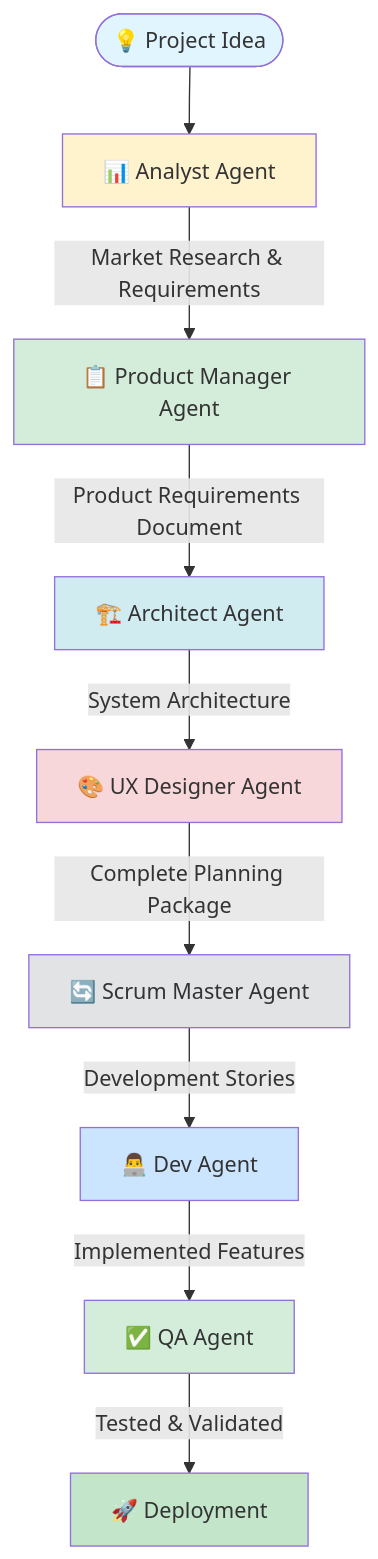
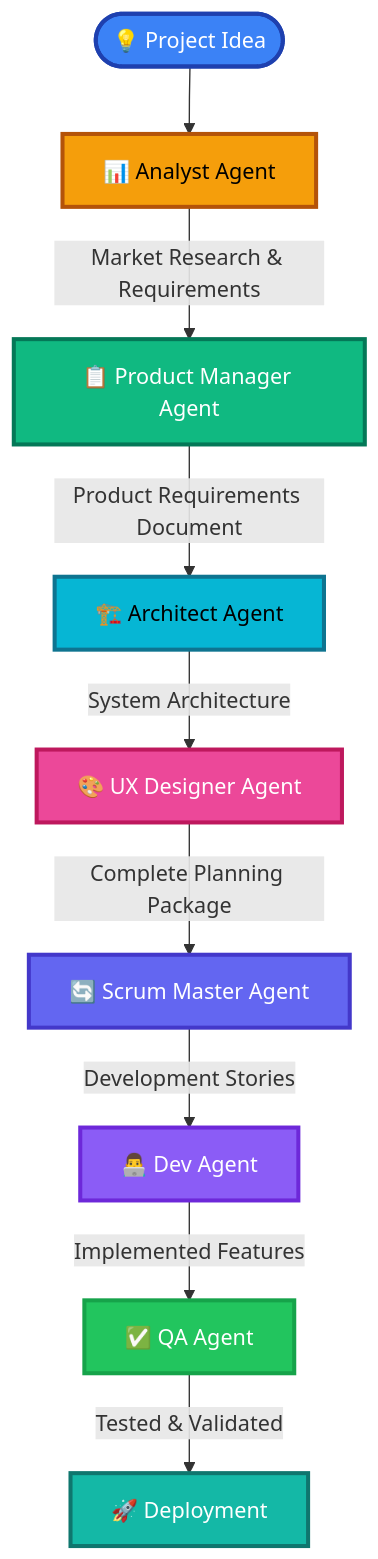
The diagram in _posts/2025-10-10-building-from-scratch-with-bmad-method-greenfield-guide.md (shadatrahman/shadatrahman.github.io), drawn with Mermaid before and after one commit. The commit also changed other lines of this file, not shown here.

Commit message:
Enable mermaid diagram rendering in BMAD blog post

````diff
--- a/_posts/2025-10-10-building-from-scratch-with-bmad-method-greenfield-guide.md
+++ b/_posts/2025-10-10-building-from-scratch-with-bmad-method-greenfield-guide.md
@@ -29,25 +30,25 @@
 ```mermaid
 graph TB
     Start([💡 Project Idea]) --> Analyst[📊 Analyst Agent]
     
     Analyst -->|Market Research & Requirements| PM[📋 Product Manager Agent]
     PM -->|Product Requirements Document| Architect[🏗️ Architect Agent]
     Architect -->|System Architecture| UX[🎨 UX Designer Agent]
     
     UX -->|Complete Planning Package| SM[🔄 Scrum Master Agent]
     
     SM -->|Development Stories| Dev[👨‍💻 Dev Agent]
     Dev -->|Implemented Features| QA[✅ QA Agent]
     
     QA -->|Tested & Validated| Deploy[🚀 Deployment]
     
-    style Start fill:#e1f5ff
-    style Analyst fill:#fff3cd
-    style PM fill:#d4edda
-    style Architect fill:#d1ecf1
-    style UX fill:#f8d7da
-    style SM fill:#e2e3e5
-    style Dev fill:#cce5ff
-    style QA fill:#d4edda
-    style Deploy fill:#c3e6cb
+    style Start fill:#3b82f6,stroke:#1e40af,stroke-width:3px,color:#fff
+    style Analyst fill:#f59e0b,stroke:#b45309,stroke-width:3px,color:#000
+    style PM fill:#10b981,stroke:#047857,stroke-width:3px,color:#fff
+    style Architect fill:#06b6d4,stroke:#0e7490,stroke-width:3px,color:#000
+    style UX fill:#ec4899,stroke:#be185d,stroke-width:3px,color:#fff
+    style SM fill:#6366f1,stroke:#4338ca,stroke-width:3px,color:#fff
+    style Dev fill:#8b5cf6,stroke:#6d28d9,stroke-width:3px,color:#fff
+    style QA fill:#22c55e,stroke:#16a34a,stroke-width:3px,color:#fff
+    style Deploy fill:#14b8a6,stroke:#0f766e,stroke-width:3px,color:#fff
 ```
````
